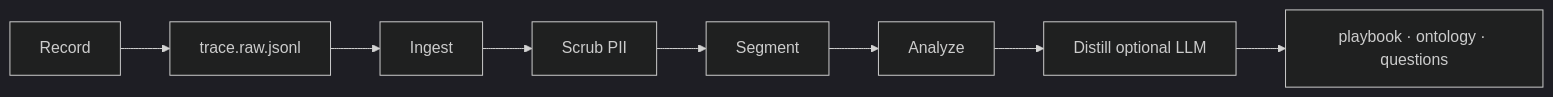
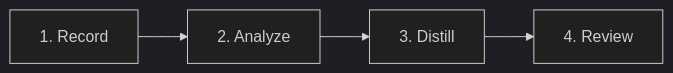
Before and after one commit to trybacked/falcon: the diagram in README.md, drawn with Mermaid (dark theme). The commit also changed other lines of this file, not shown here.

````diff
--- a/README.md
+++ b/README.md
@@ -72,10 +41,6 @@
 ```mermaid
 flowchart LR
-  record["Record"] --> raw["trace.raw.jsonl"]
-  raw --> ingest["Ingest"]
-  ingest --> scrub["Scrub PII"]
-  scrub --> segment["Segment"]
-  segment --> analyze["Analyze"]
-  analyze --> distill["Distill optional LLM"]
-  distill --> out["playbook · ontology · questions"]
+  record["1. Record"] --> analyze["2. Analyze"]
+  analyze --> distill["3. Distill"]
+  distill --> review["4. Review"]
 ```
````
